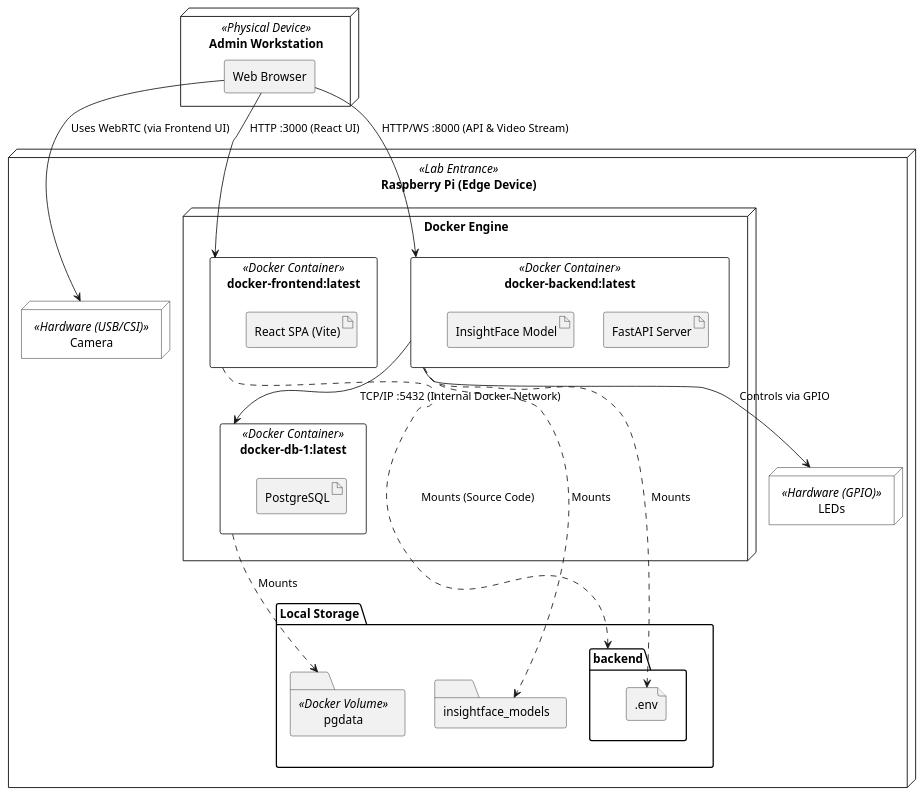
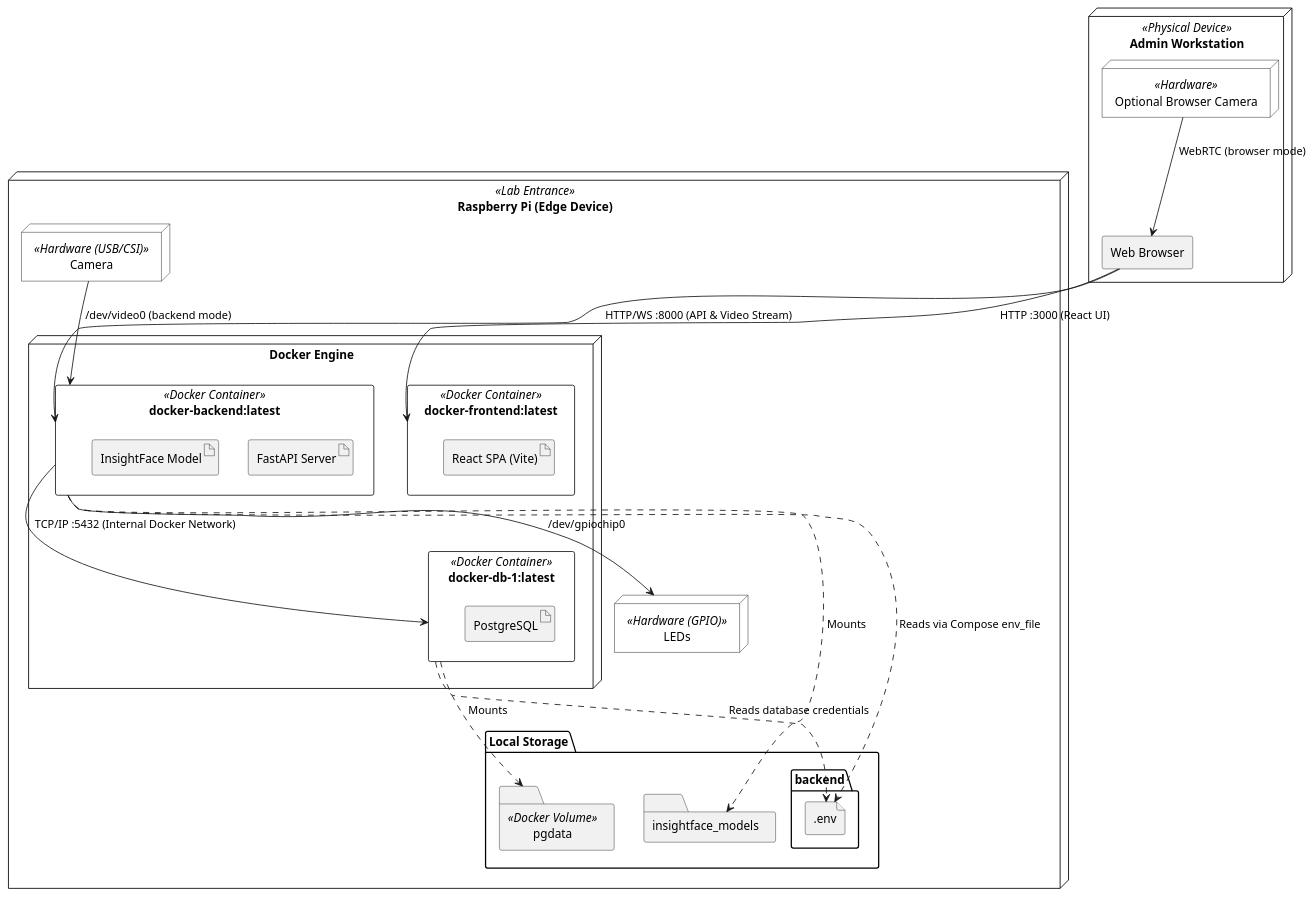
One commit to Innopolis-Robotics-Society/FaceGuardV3 changed the diagram in docs/architecture/deployment-view/deployment-diagram.puml. Above: the diagram before and after it, drawn with PlantUML. The commit also changed 56 other files, not shown here.

```diff
--- a/docs/architecture/deployment-view/deployment-diagram.puml
+++ b/docs/architecture/deployment-view/deployment-diagram.puml
@@ -1,52 +1,53 @@
 @startuml deployment-view
 skinparam componentStyle rectangle
 skinparam node {
     BackgroundColor white
     BorderColor black
 }
 
 node "Admin Workstation" <<Physical Device>> as PC {
     component "Web Browser" as Browser
+    node "Optional Browser Camera" <<Hardware>> as BrowserCam
 }
 
 node "Raspberry Pi (Edge Device)" <<Lab Entrance>> as RPi {
     node "Camera" <<Hardware (USB/CSI)>> as Cam
     node "LEDs" <<Hardware (GPIO)>> as LEDCtrl
 
     node "Docker Engine" as Docker {
         component "docker-frontend:latest" <<Docker Container>> as FrontendApp {
             artifact "React SPA (Vite)"
         }
         component "docker-backend:latest" <<Docker Container>> as BackendApp {
             artifact "FastAPI Server"
             artifact "InsightFace Model"
         }
         component "docker-db-1:latest" <<Docker Container>> as DB {
             artifact "PostgreSQL"
         }
     }
     
     folder "Local Storage" as Storage {
         folder "backend" as BackendDir {
             file ".env" as EnvFile
         }
         folder "insightface_models" as Models
         folder "pgdata" as PgData <<Docker Volume>>
     }
     
-    BackendApp ..> EnvFile : " Mounts"
+    BackendApp ..> EnvFile : " Reads via Compose env_file"
+    DB ..> EnvFile : " Reads database credentials"
     BackendApp ..> Models : " Mounts"
     DB ..> PgData : " Mounts"
-    FrontendApp ..> BackendDir : " Mounts (Source Code)"
-    
     ' Physical connections inside the Pi
-    Browser --> Cam : " Uses WebRTC (via Frontend UI)"
-    BackendApp --> LEDCtrl : " Controls via GPIO"
+    Cam --> BackendApp : " /dev/video0 (backend mode)"
+    BackendApp --> LEDCtrl : " /dev/gpiochip0"
 }
 
 ' Network Connections
+BrowserCam --> Browser : " WebRTC (browser mode)"
 Browser --> FrontendApp : " HTTP :3000 (React UI)"
 Browser --> BackendApp : " HTTP/WS :8000 (API & Video Stream)"
 BackendApp --> DB : " TCP/IP :5432 (Internal Docker Network)"
 
 @enduml
```
